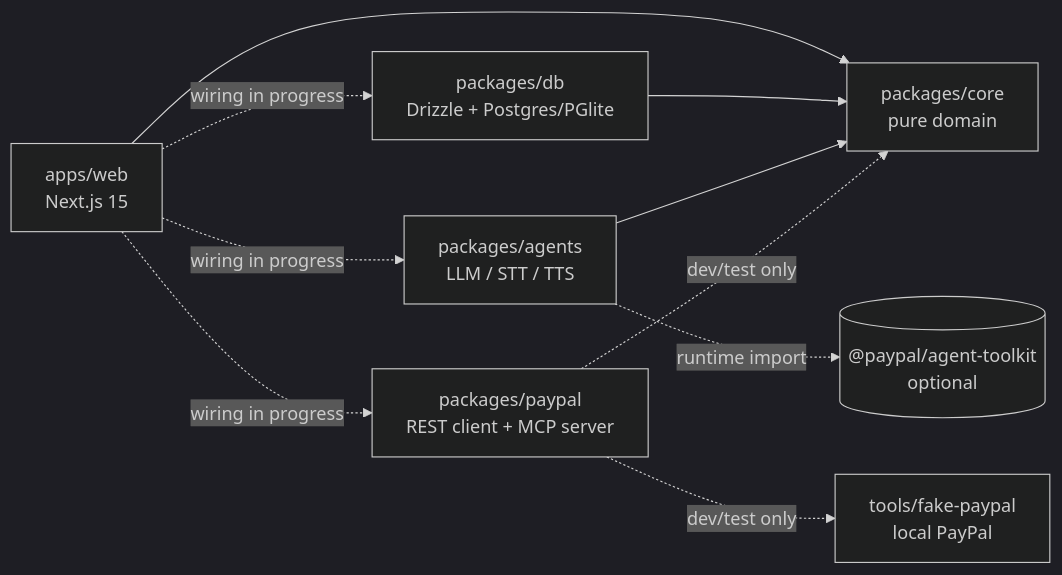
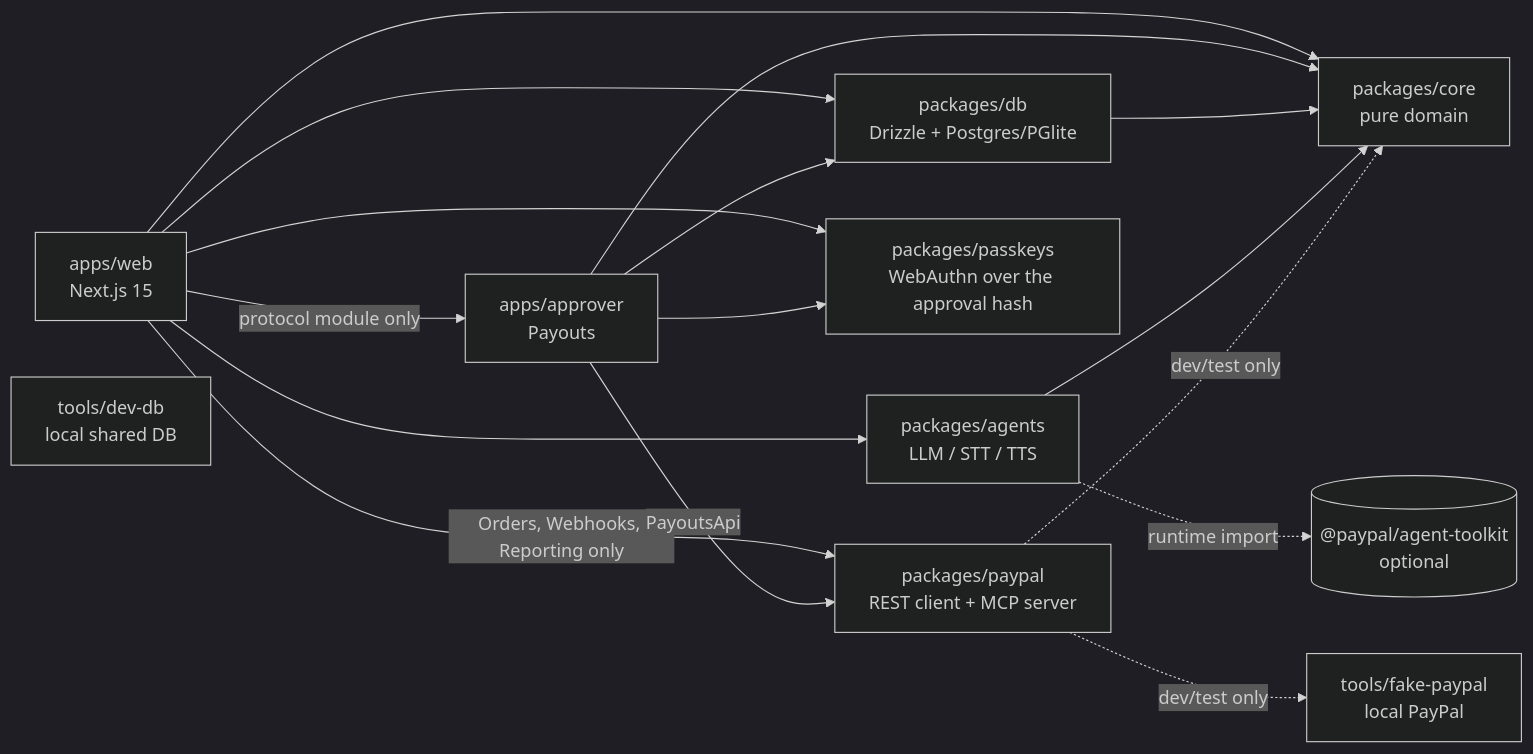
One commit to Aaaaarin/neighborline changed the second of 4 diagrams in docs/ARCHITECTURE.md. Above: the diagram before and after it, drawn with Mermaid (dark theme). The commit also changed other lines of this file and 5 other files, not shown here.

````diff
--- a/docs/ARCHITECTURE.md
+++ b/docs/ARCHITECTURE.md
@@ -9,20 +62,29 @@
 ```mermaid
 flowchart LR
     web[apps/web<br/>Next.js 15]
+    approver[apps/approver<br/>Payouts]
     core[packages/core<br/>pure domain]
     db[packages/db<br/>Drizzle + Postgres/PGlite]
     agents[packages/agents<br/>LLM / STT / TTS]
     paypal[packages/paypal<br/>REST client + MCP server]
+    passkeys[packages/passkeys<br/>WebAuthn over the approval hash]
     fake[tools/fake-paypal<br/>local PayPal]
+    devdb[tools/dev-db<br/>local shared DB]
     toolkit[("@paypal/agent-toolkit<br/>optional")]
 
     web --> core
-    web -. wiring in progress .-> db
-    web -. wiring in progress .-> agents
-    web -. wiring in progress .-> paypal
+    web --> db
+    web --> agents
+    web -->|Orders, Webhooks, Reporting only| paypal
+    web --> passkeys
+    web -->|protocol module only| approver
+    approver --> core
+    approver --> db
+    approver --> passkeys
+    approver -->|PayoutsApi| paypal
     db --> core
     agents --> core
     agents -. runtime import .-> toolkit
     paypal -. dev/test only .-> core
     paypal -. dev/test only .-> fake
 ```
````
